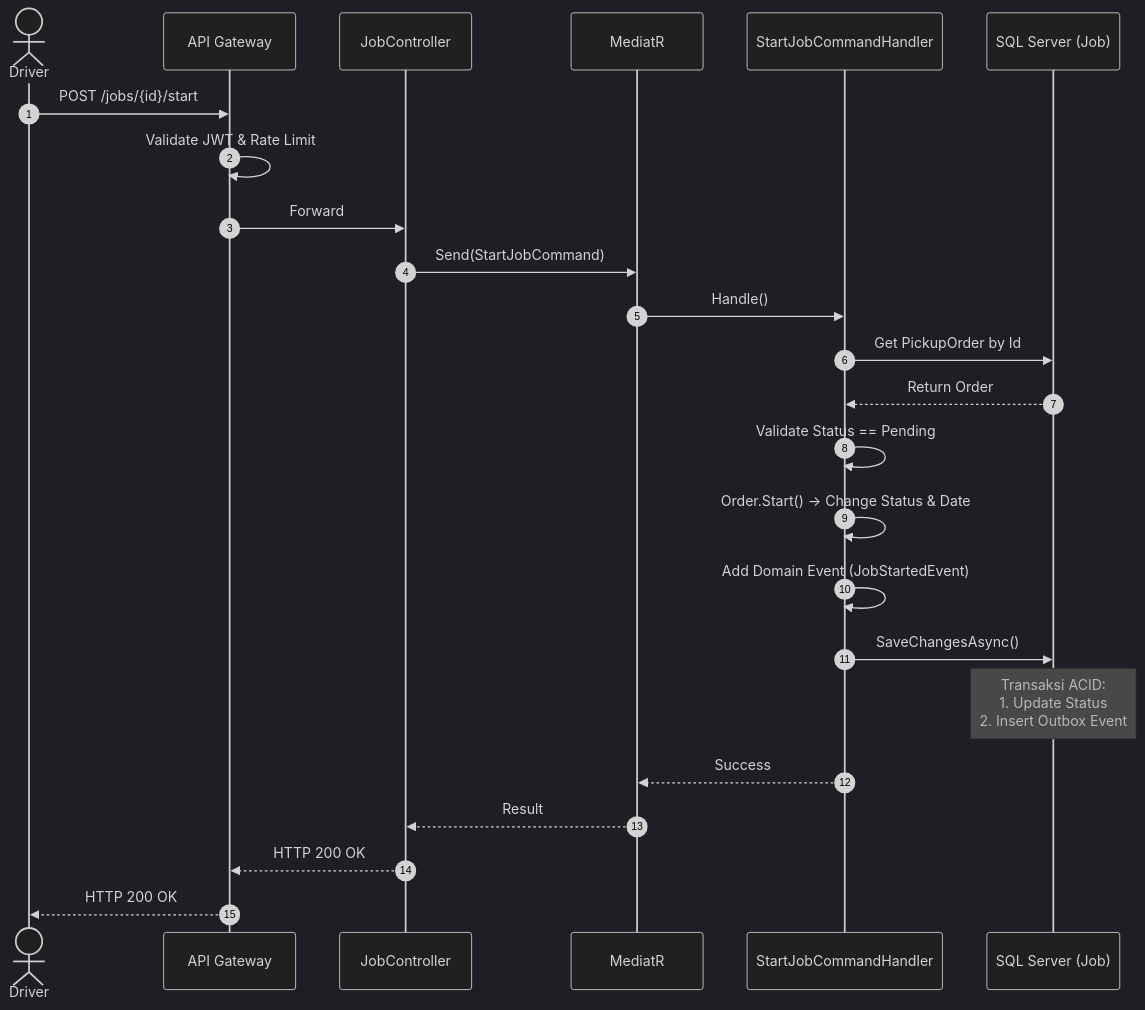
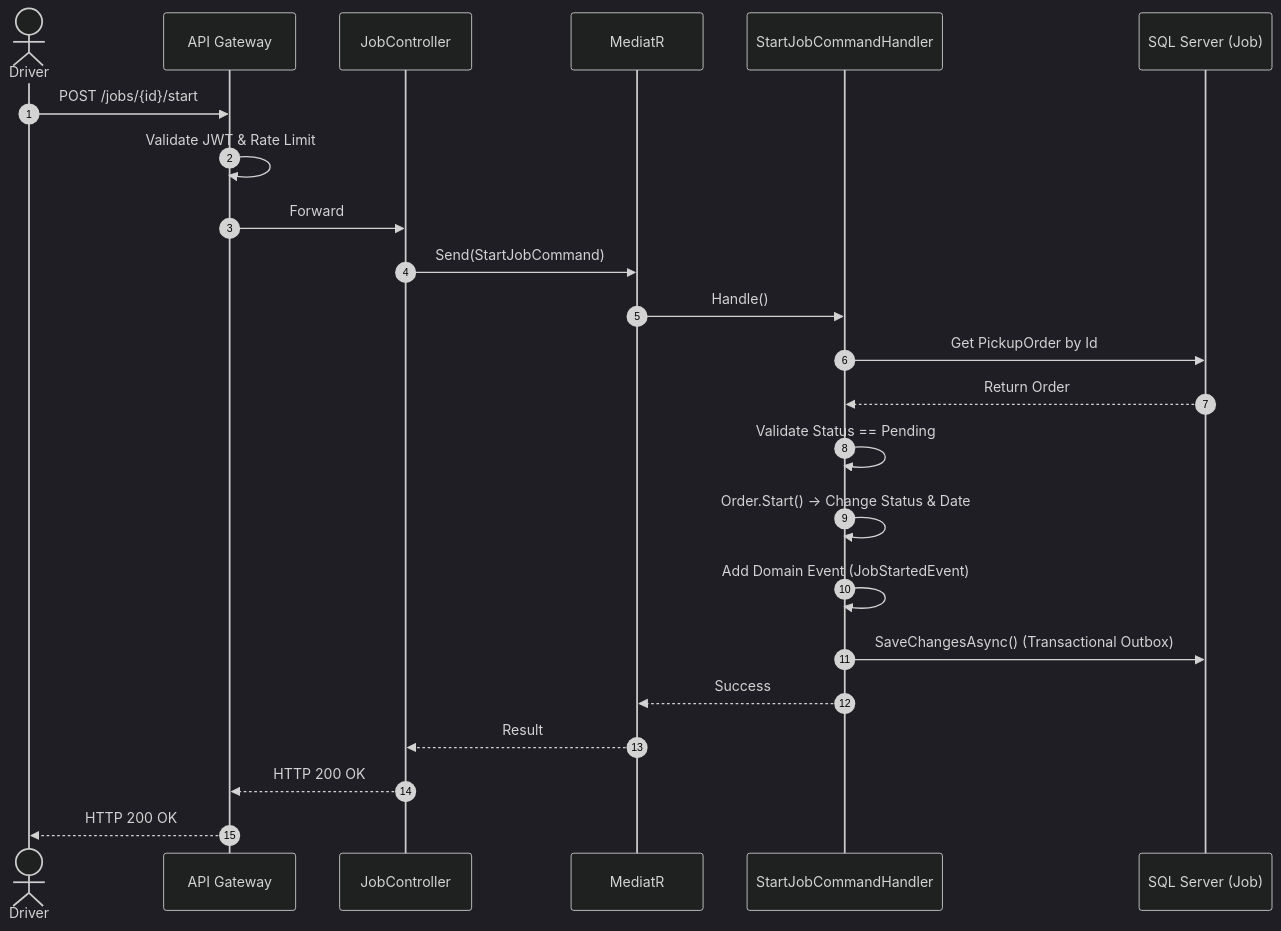
The fourth of 8 diagrams in docs/architecture/api-sequence-diagrams.md (odealidj/minione-edcl-net), drawn with Mermaid (dark theme) before and after one commit. The commit also changed other lines of this file and 21 other files, not shown here.

````diff
--- a/docs/architecture/api-sequence-diagrams.md
+++ b/docs/architecture/api-sequence-diagrams.md
@@ -171,30 +151,28 @@
 ```mermaid
 sequenceDiagram
     autonumber
     actor Driver
     participant Gateway as API Gateway
     participant Ctrl as JobController
     participant MediatR as MediatR
     participant Hndl as StartJobCommandHandler
     participant DB as SQL Server (Job)
 
     Driver->>Gateway: POST /jobs/{id}/start
     Gateway->>Gateway: Validate JWT & Rate Limit
     Gateway->>Ctrl: Forward
     Ctrl->>MediatR: Send(StartJobCommand)
     MediatR->>Hndl: Handle()
     Hndl->>DB: Get PickupOrder by Id
     DB-->>Hndl: Return Order
     
     Hndl->>Hndl: Validate Status == Pending
     Hndl->>Hndl: Order.Start() -> Change Status & Date
-    
     Hndl->>Hndl: Add Domain Event (JobStartedEvent)
-    Hndl->>DB: SaveChangesAsync()
-    Note over DB: Transaksi ACID:<br/>1. Update Status<br/>2. Insert Outbox Event
+    Hndl->>DB: SaveChangesAsync() (Transactional Outbox)
     
     Hndl-->>MediatR: Success
     MediatR-->>Ctrl: Result
     Ctrl-->>Gateway: HTTP 200 OK
     Gateway-->>Driver: HTTP 200 OK
 ```
````
